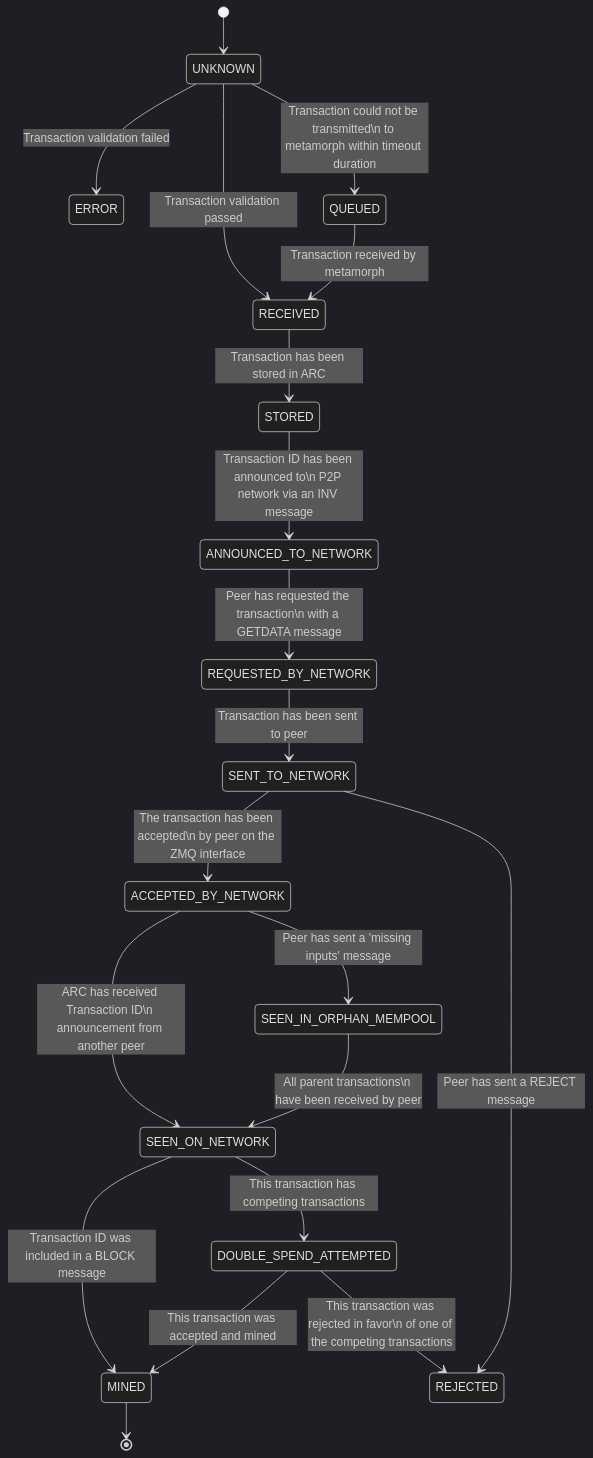
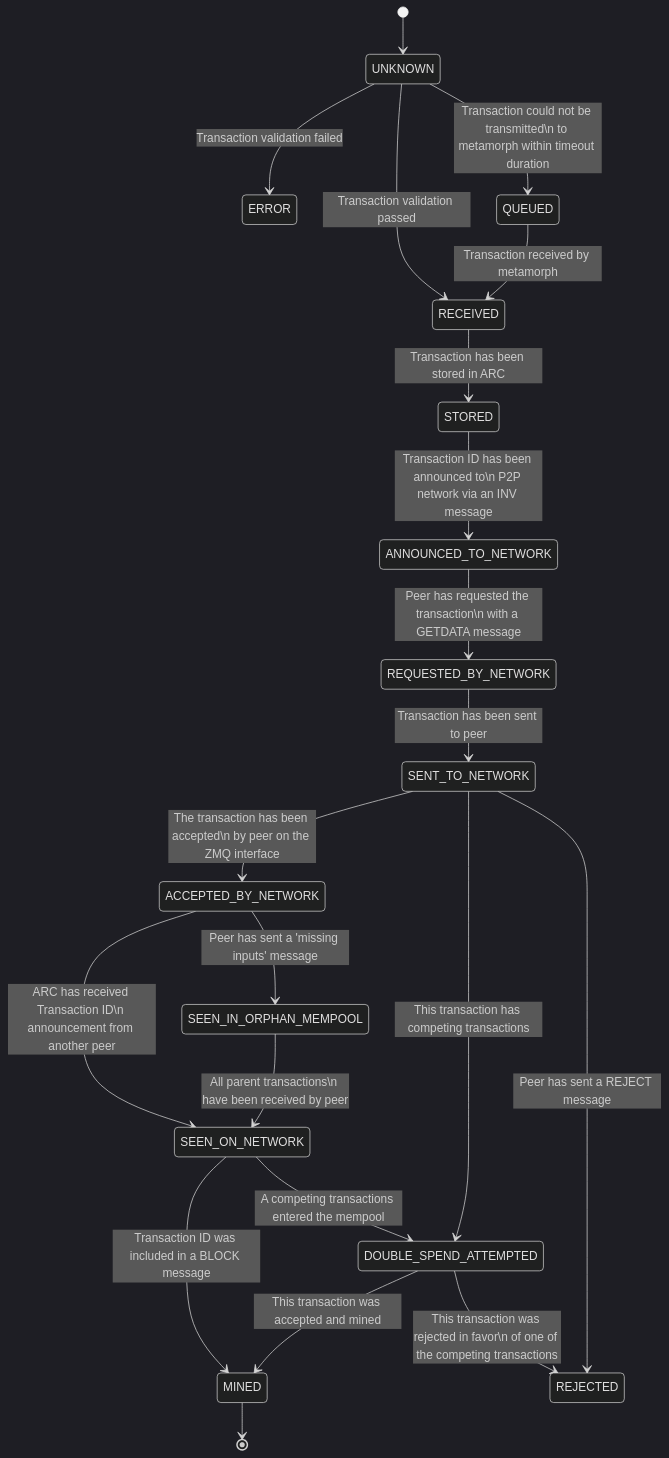
The first of 6 diagrams in doc/README.md (bitcoin-sv/arc), drawn with Mermaid (dark theme) before and after one commit.

Commit message:
feat: update double spend state diagram

````diff
--- a/doc/README.md
+++ b/doc/README.md
@@ -28,37 +28,38 @@
 ```mermaid
 stateDiagram-v2
     state UNKNOWN
     state QUEUED
     state RECEIVED
     state STORED
     state ANNOUNCED_TO_NETWORK
     state ERROR
     state REQUESTED_BY_NETWORK
     state SENT_TO_NETWORK
     state ACCEPTED_BY_NETWORK
     state SEEN_IN_ORPHAN_MEMPOOL
     state DOUBLE_SPEND_ATTEMPTED
     state SEEN_ON_NETWORK
     state REJECTED
     state MINED
 
     [*] --> UNKNOWN
     UNKNOWN --> ERROR: Transaction validation failed
     UNKNOWN --> RECEIVED: Transaction validation passed
     UNKNOWN --> QUEUED: Transaction could not be transmitted\n to metamorph within timeout duration
     QUEUED --> RECEIVED: Transaction received by metamorph
     RECEIVED --> STORED: Transaction has been stored in ARC
     STORED --> ANNOUNCED_TO_NETWORK: Transaction ID has been announced to\n P2P network via an INV message
     ANNOUNCED_TO_NETWORK --> REQUESTED_BY_NETWORK: Peer has requested the transaction\n with a GETDATA message
     REQUESTED_BY_NETWORK --> SENT_TO_NETWORK: Transaction has been sent to peer
     SENT_TO_NETWORK --> ACCEPTED_BY_NETWORK: The transaction has been accepted\n by peer on the ZMQ interface
+    SENT_TO_NETWORK --> DOUBLE_SPEND_ATTEMPTED: This transaction has competing transactions
     SENT_TO_NETWORK --> REJECTED: Peer has sent a REJECT message
     ACCEPTED_BY_NETWORK --> SEEN_ON_NETWORK: ARC has received Transaction ID\n announcement from another peer
     ACCEPTED_BY_NETWORK --> SEEN_IN_ORPHAN_MEMPOOL: Peer has sent a 'missing inputs' message
     SEEN_IN_ORPHAN_MEMPOOL --> SEEN_ON_NETWORK: All parent transactions\n have been received by peer
     SEEN_ON_NETWORK --> MINED: Transaction ID was included in a BLOCK message
-    SEEN_ON_NETWORK --> DOUBLE_SPEND_ATTEMPTED: This transaction has competing transactions
+    SEEN_ON_NETWORK --> DOUBLE_SPEND_ATTEMPTED: A competing transactions entered the mempool
     DOUBLE_SPEND_ATTEMPTED --> MINED: This transaction was accepted and mined
     DOUBLE_SPEND_ATTEMPTED --> REJECTED: This transaction was rejected in favor\n of one of the competing transactions
     MINED --> [*]
 ```
````
